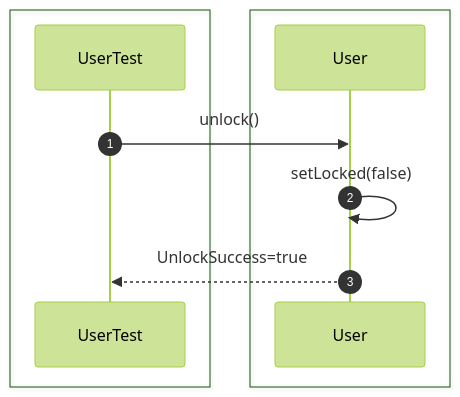
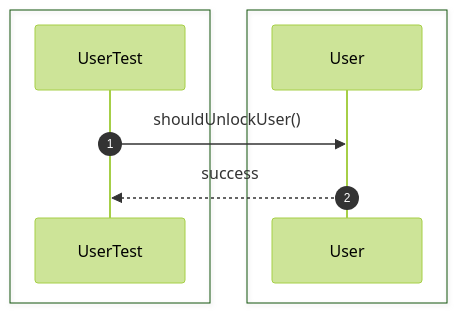
One commit to Huy1801214/dbms-architecture changed diagram 14 of 35 in src/sequence/security.md. Above: the diagram before and after it, drawn with Mermaid (forest theme). The commit also changed other lines of this file and 68 other files, not shown here.

Commit message:
implement comprehensive unit test suite and architectural sequence documentation

````diff
--- a/src/sequence/security.md
+++ b/src/sequence/security.md
@@ -254,15 +203,13 @@
 ```mermaid
 sequenceDiagram
     autonumber
-
     box #e1f5fe Test Suite
     participant Test as UserTest
     end
-    box #e3f2fd Security Components
-    participant User as User
+    box #e3f2fd User Component
+    participant U as User
     end
 
-    Test->>User: unlock()
-    User->>User: setLocked(false)
-    User-->>Test: UnlockSuccess=true
+    Test->>U: shouldUnlockUser()
+    U-->>Test: success
 ```
````
